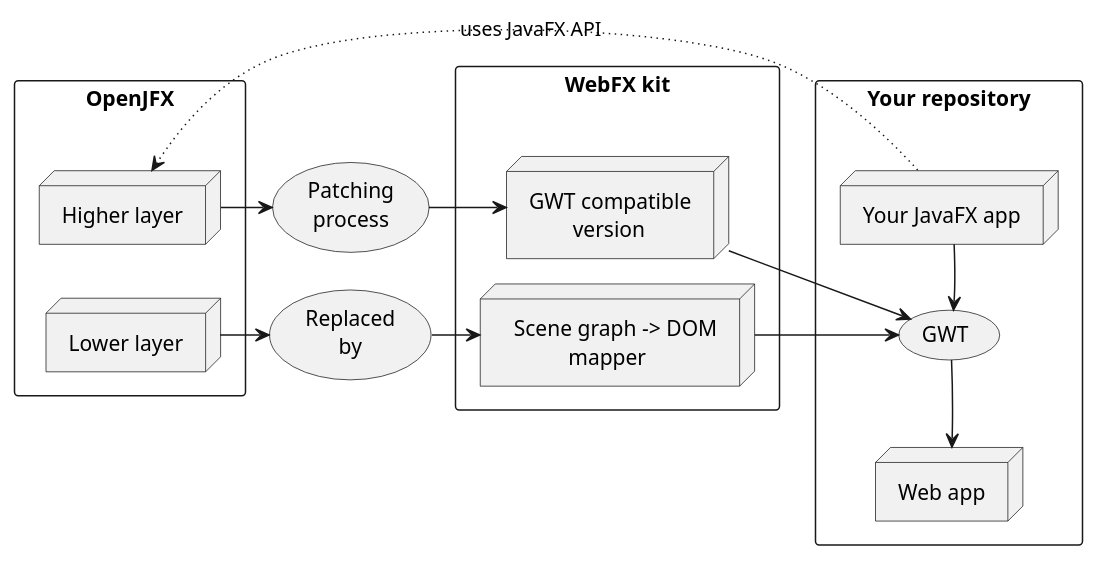
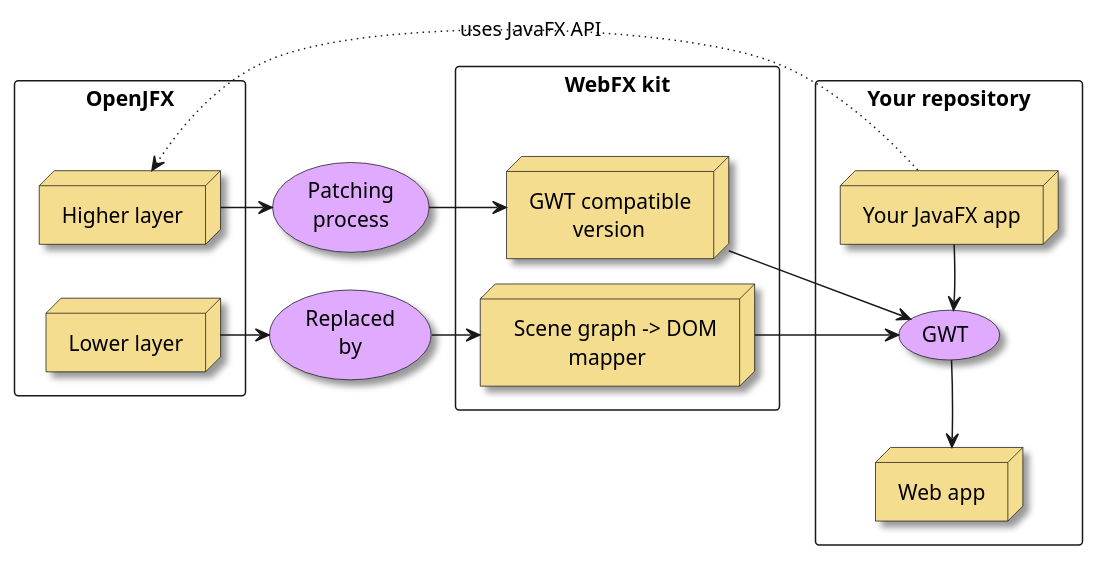
The first of 5 diagrams in src/main/asciidoc/webfx-docs.adoc (webfx-project/webfx-docs), drawn with PlantUML before and after one commit.

Commit message:
Added background colors and shadows in first diagram

```diff
--- a/src/main/asciidoc/webfx-docs.adoc
+++ b/src/main/asciidoc/webfx-docs.adoc
@@ -18,45 +18,49 @@
 [plantuml, webfx-how-it-works, format=svg]
 ----
 skinparam ranksep 5
 skinparam nodesep 5
+skinparam shadowing true
+skinparam rectangleShadowing false
+skinparam nodeBackgroundColor f5dd90
+skinparam usecaseBackgroundColor e0aaff
 
 rectangle "OpenJFX" {
     node "Higher layer" as o1
     node "Lower layer" as o2
 }
 o1 --[hidden]> o2
 
 usecase "Patching\nprocess" as pp
 usecase "Replaced\nby" as rb
 pp --[hidden]> rb
 
 rectangle "WebFX kit" {
     node "GWT compatible\n        version" as w1
     node "  Scene graph -> DOM\n            mapper" as w2
 }
 w1 --[hidden]> w2
 
 rectangle "Your repository" {
     node "Your JavaFX app" as app
     usecase "GWT" as gwt
     node "Web app" as wa
 }
 
 o1 -r-> pp
 pp -r-> w1
 
 o2 -r-> rb
 rb -r-> w2
 
 app -[dotted]> o1: uses JavaFX API
 
 app -d-> gwt
 w1 -r-> gwt
 w2 -r-> gwt
 gwt -d-> wa
 
 ' Adding more hidden arrows to force vartical alignment of elements in the "Your repository" rectangle
 app -[hidden]> gwt
 app -[hidden]> gwt
 gwt -[hidden]> wa
 ----
```
